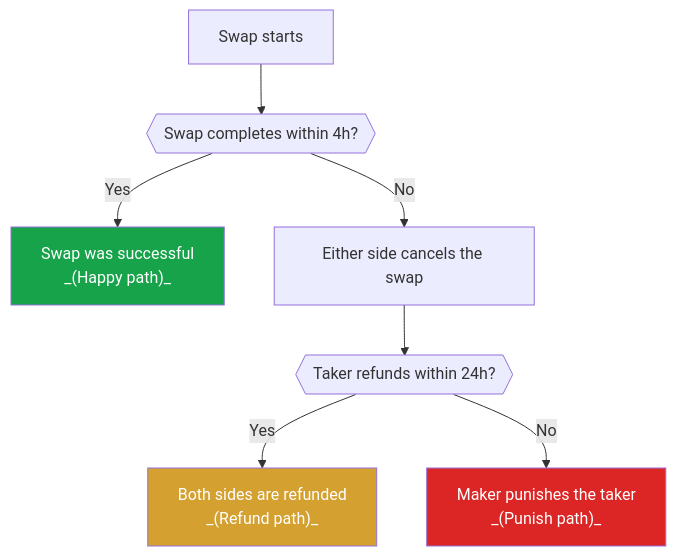
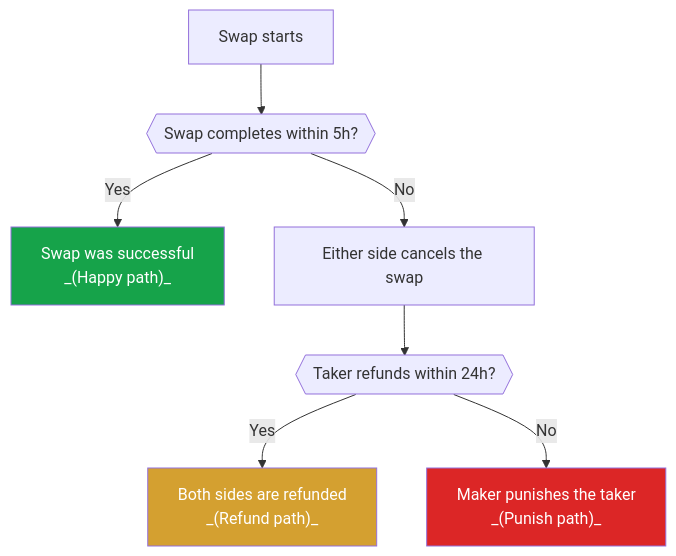
One commit to eigenwallet/core changed the diagram in docs/content/advanced/refund_punish.mdx. Above: the diagram before and after it, drawn with Mermaid. The commit also changed other lines of this file and 87 other files, not shown here.

````diff
--- a/docs/content/advanced/refund_punish.mdx
+++ b/docs/content/advanced/refund_punish.mdx
@@ -39,17 +39,17 @@
 ```mermaid
 graph TD
-    A["Swap starts"] --> B{{"Swap completes within 4h?"}}
+    A["Swap starts"] --> B{{"Swap completes within 5h?"}}
 
     B -- "Yes" --> F["Swap was successful\n_(Happy path)_"]
 
     B -- "No" --> G["Either side cancels the swap"]
     G --> H{{"Taker refunds within 24h?"}}
 
     H -- "Yes" --> I["Both sides are refunded\n_(Refund path)_"]
 
     H -- "No" --> K["Maker punishes the taker\n_(Punish path)_"]
 
     style F fill:#16a34a,color:#fff
     style I fill:#d4a030,color:#fff
     style K fill:#dc2626,color:#fff
 ```
````
